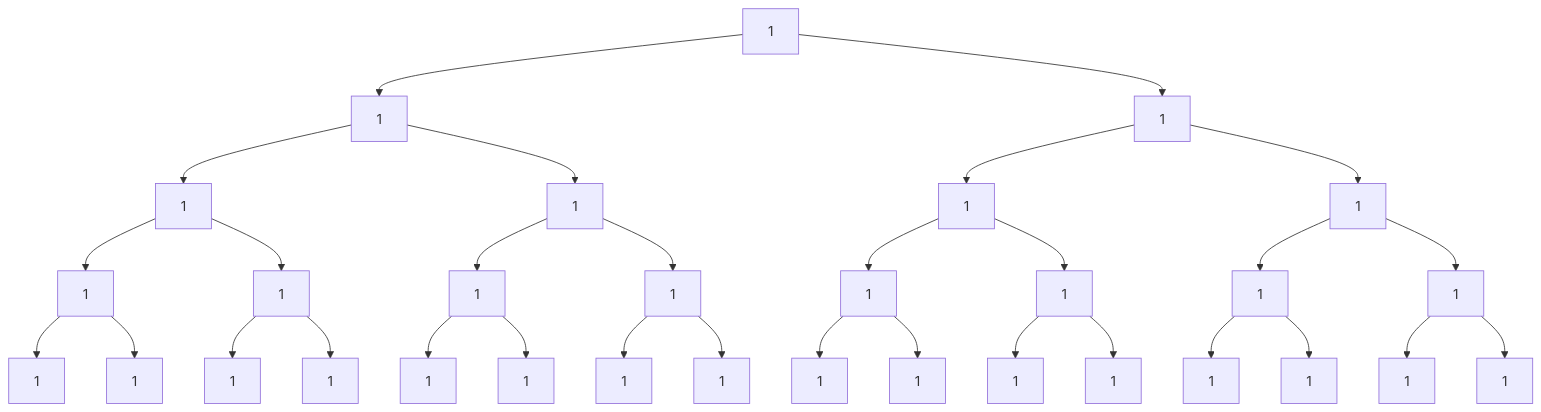
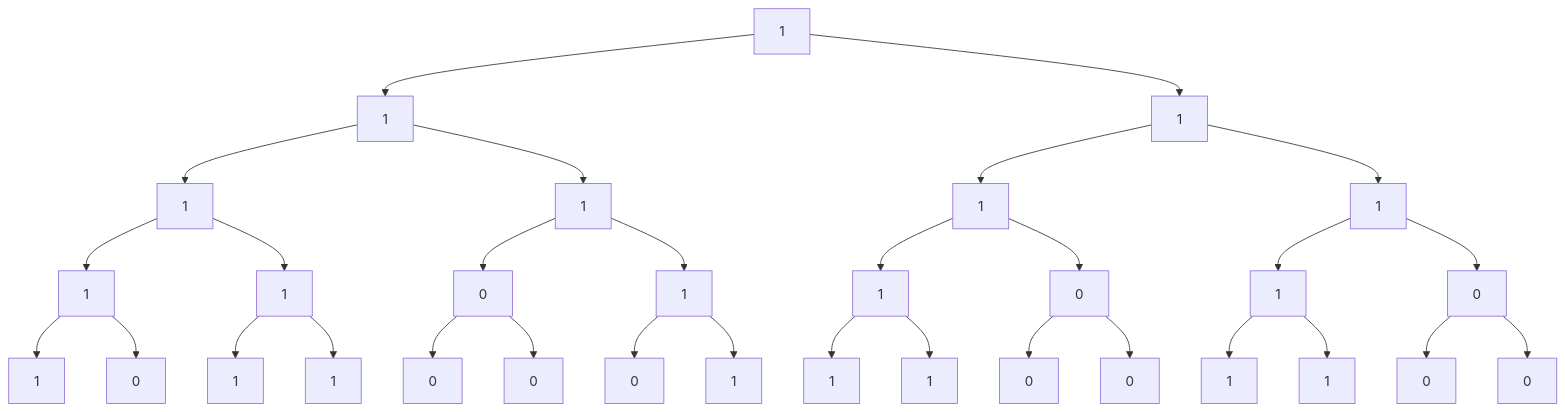
The first of 3 diagrams in COMPSCI 224 Advanced Algorithms/Note1-2.md (H-yz2022/AlgorithmsPrepare), drawn with Mermaid before and after one commit.

````diff
--- a/COMPSCI 224 Advanced Algorithms/Note1-2.md
+++ b/COMPSCI 224 Advanced Algorithms/Note1-2.md
@@ -109,38 +109,38 @@
 ```mermaid
 graph TD
     A["1"]
 
     A --> B["1"]
     A --> C["1"]
 
     B --> D["1"]
     B --> E["1"]
     C --> F["1"]
     C --> G["1"]
 
     D --> H["1"]
     D --> I["1"]
-    E --> J["1"]
+    E --> J["0"]
     E --> K["1"]
     F --> L["1"]
-    F --> M["1"]
+    F --> M["0"]
     G --> N["1"]
-    G --> O["1"]
+    G --> O["0"]
 
     H --> P["1"]
-    H --> Q["1"]
+    H --> Q["0"]
     I --> R["1"]
     I --> S["1"]
-    J --> T["1"]
-    J --> U["1"]
-    K --> V["1"]
+    J --> T["0"]
+    J --> U["0"]
+    K --> V["0"]
     K --> W["1"]
     L --> X["1"]
     L --> Y["1"]
-    M --> Z["1"]
-    M --> AA["1"]
+    M --> Z["0"]
+    M --> AA["0"]
     N --> AB["1"]
     N --> AC["1"]
-    O --> AD["1"]
-    O --> AE["1"]
+    O --> AD["0"]
+    O --> AE["0"]
 ```
````
